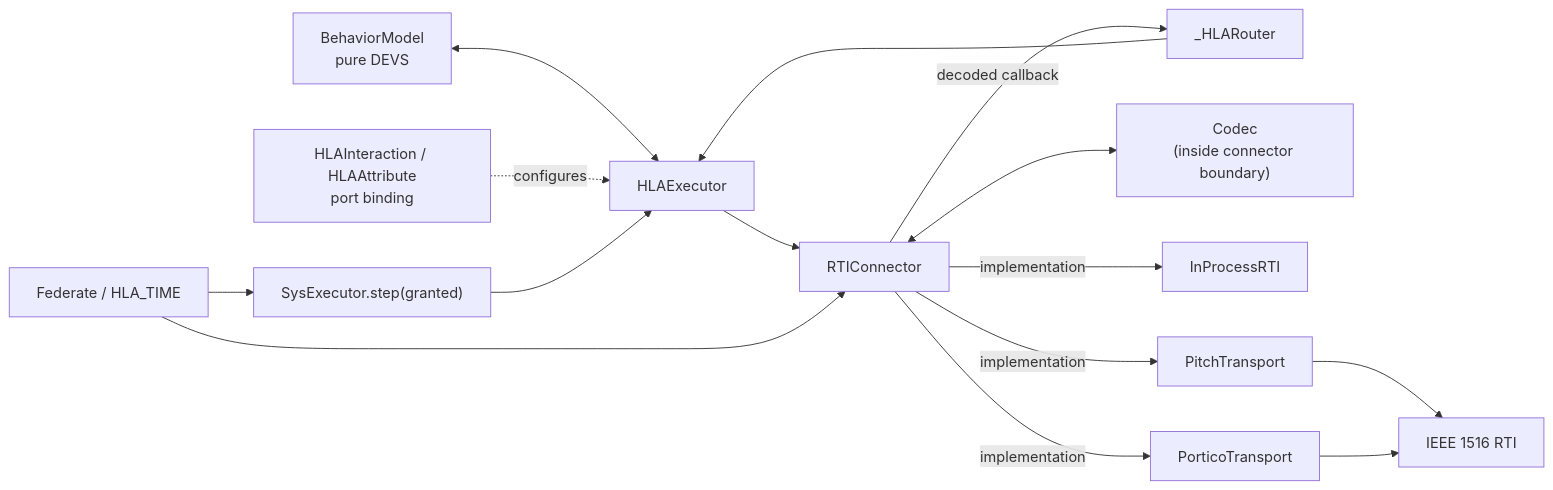
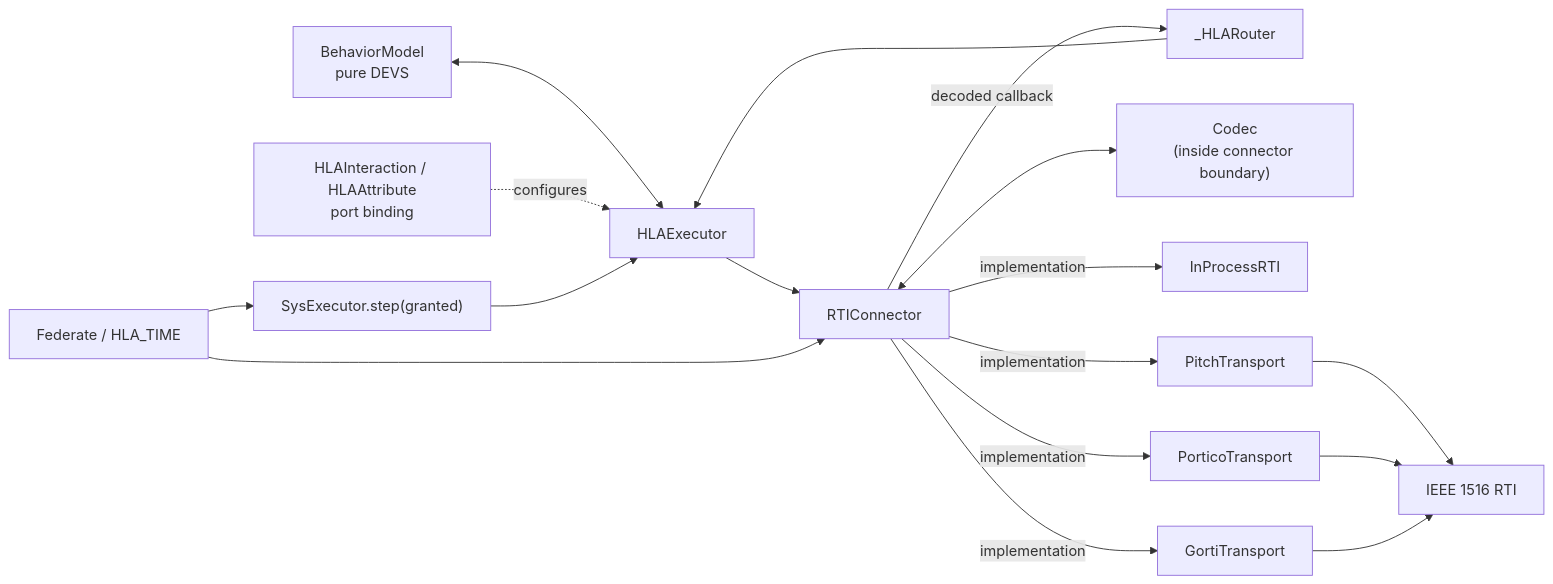
Before and after one commit to eventsim/pyjevsim: the first of 2 diagrams in docs/hla-validation/README.md, drawn with Mermaid. The commit also changed other lines of this file and 13 other files, not shown here.

````diff
--- a/docs/hla-validation/README.md
+++ b/docs/hla-validation/README.md
@@ -41,29 +41,32 @@
 ```mermaid
 flowchart LR
     M["BehaviorModel<br/>pure DEVS"]
     B["HLAInteraction / HLAAttribute<br/>port binding"]
     E["HLAExecutor"]
     H["_HLARouter"]
     R["RTIConnector"]
     C["Codec<br/>(inside connector boundary)"]
     T1["InProcessRTI"]
     T2["PitchTransport"]
     T3["PorticoTransport"]
+    T4["GortiTransport"]
     X["IEEE 1516 RTI"]
     F["Federate / HLA_TIME"]
     S["SysExecutor.step(granted)"]
 
     M <--> E
     B -. configures .-> E
     E --> R
     R <--> C
     R -->|decoded callback| H --> E
     R -->|implementation| T1
     R -->|implementation| T2
     R -->|implementation| T3
+    R -->|implementation| T4
     T2 --> X
     T3 --> X
+    T4 --> X
     F --> R
     F --> S
     S --> E
 ```
````
